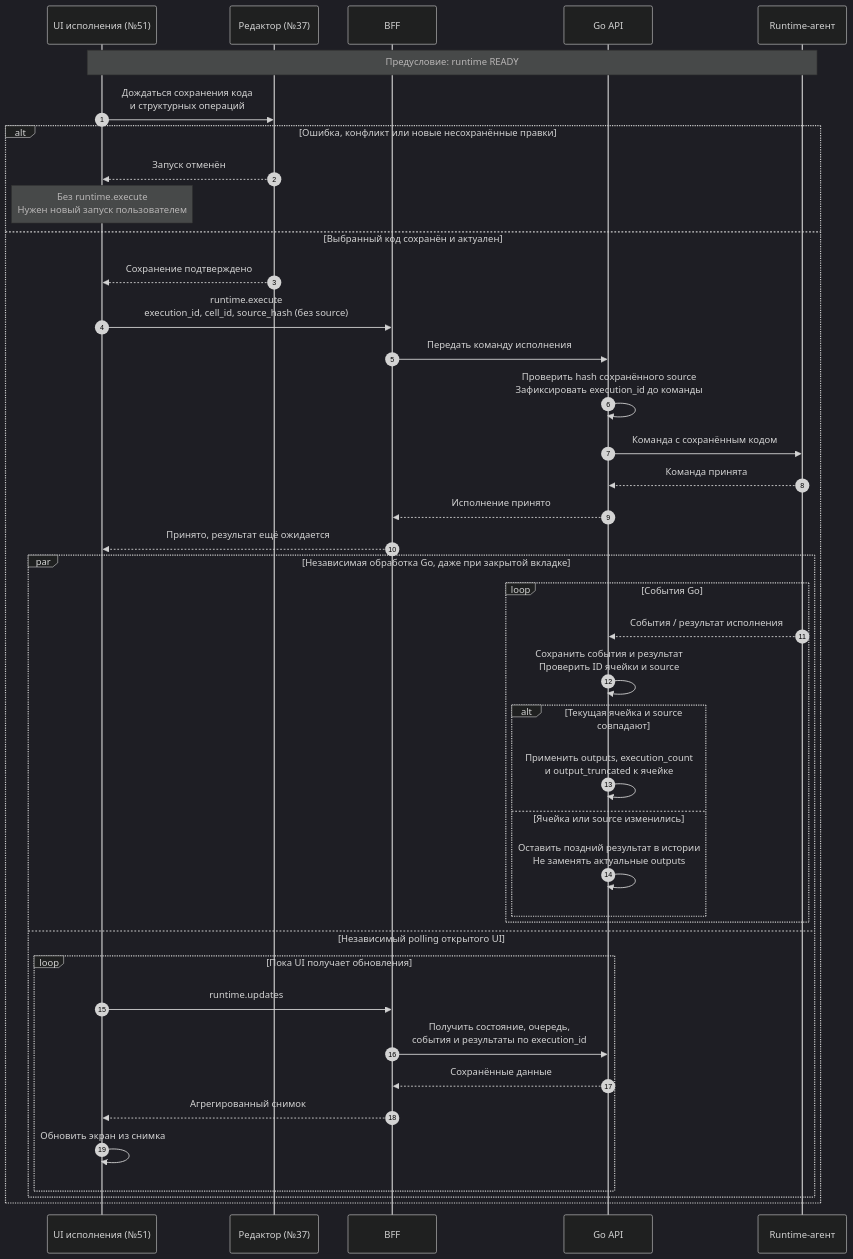
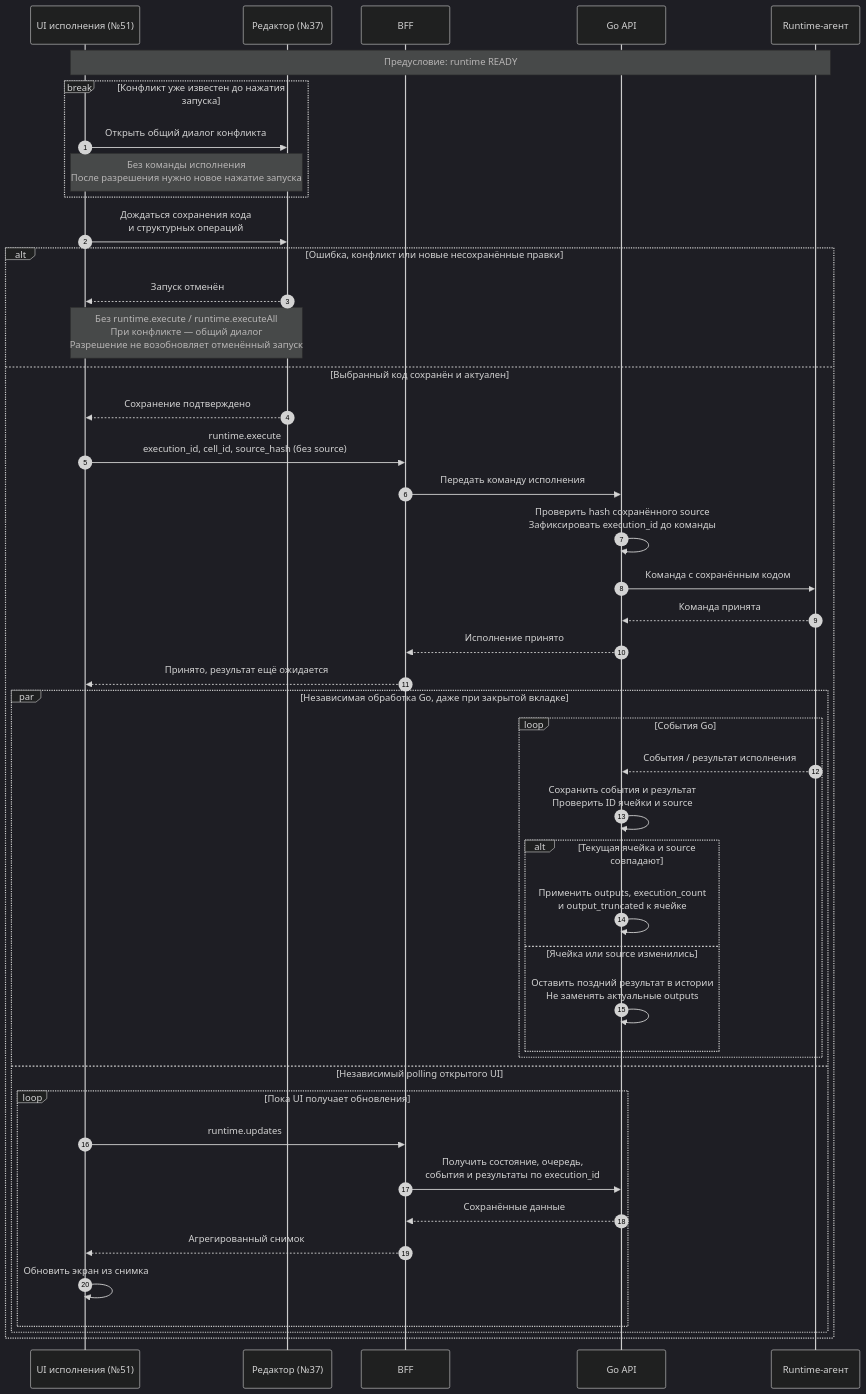
Before and after one commit to Cringe-Driven-Development-Team/docs: the second of 2 diagrams in site/modules/2/tracks/file-exec/contract.md, drawn with Mermaid (dark theme). The commit also changed other lines of this file and 2 other files, not shown here.

Commit message:
docs(блокноты): уточнить разрешение конфликтов и запуск

````diff
--- a/site/modules/2/tracks/file-exec/contract.md
+++ b/site/modules/2/tracks/file-exec/contract.md
@@ -707,44 +748,48 @@
 ```mermaid
 sequenceDiagram
   %% Исполнение: сохранение перед командой; независимые циклы Go и UI.
   autonumber
   participant ExecutionUI as UI исполнения (№51)
   participant Editor as Редактор (№37)
   participant BFF
   participant Go as Go API
   participant Agent as Runtime-агент
   Note over ExecutionUI,Agent: Предусловие: runtime READY
+  break Конфликт уже известен до нажатия запуска
+    ExecutionUI->>Editor: Открыть общий диалог конфликта
+    Note over ExecutionUI,Editor: Без команды исполнения<br/>После разрешения нужно новое нажатие запуска
+  end
   ExecutionUI->>Editor: Дождаться сохранения кода<br/>и структурных операций
   alt Ошибка, конфликт или новые несохранённые правки
     Editor-->>ExecutionUI: Запуск отменён
-    Note over ExecutionUI: Без runtime.execute<br/>Нужен новый запуск пользователем
+    Note over ExecutionUI,Editor: Без runtime.execute / runtime.executeAll<br/>При конфликте — общий диалог<br/>Разрешение не возобновляет отменённый запуск
   else Выбранный код сохранён и актуален
     Editor-->>ExecutionUI: Сохранение подтверждено
     ExecutionUI->>BFF: runtime.execute<br/>execution_id, cell_id, source_hash (без source)
     BFF->>Go: Передать команду исполнения
     Go->>Go: Проверить hash сохранённого source<br/>Зафиксировать execution_id до команды
     Go->>Agent: Команда с сохранённым кодом
     Agent-->>Go: Команда принята
     Go-->>BFF: Исполнение принято
     BFF-->>ExecutionUI: Принято, результат ещё ожидается
     par Независимая обработка Go, даже при закрытой вкладке
       loop События Go
         Agent-->>Go: События / результат исполнения
         Go->>Go: Сохранить события и результат<br/>Проверить ID ячейки и source
         alt Текущая ячейка и source совпадают
           Go->>Go: Применить outputs, execution_count<br/>и output_truncated к ячейке
         else Ячейка или source изменились
           Go->>Go: Оставить поздний результат в истории<br/>Не заменять актуальные outputs
         end
       end
     and Независимый polling открытого UI
       loop Пока UI получает обновления
         ExecutionUI->>BFF: runtime.updates
         BFF->>Go: Получить состояние, очередь,<br/>события и результаты по execution_id
         Go-->>BFF: Сохранённые данные
         BFF-->>ExecutionUI: Агрегированный снимок
         ExecutionUI->>ExecutionUI: Обновить экран из снимка
       end
     end
   end
 ```
````
